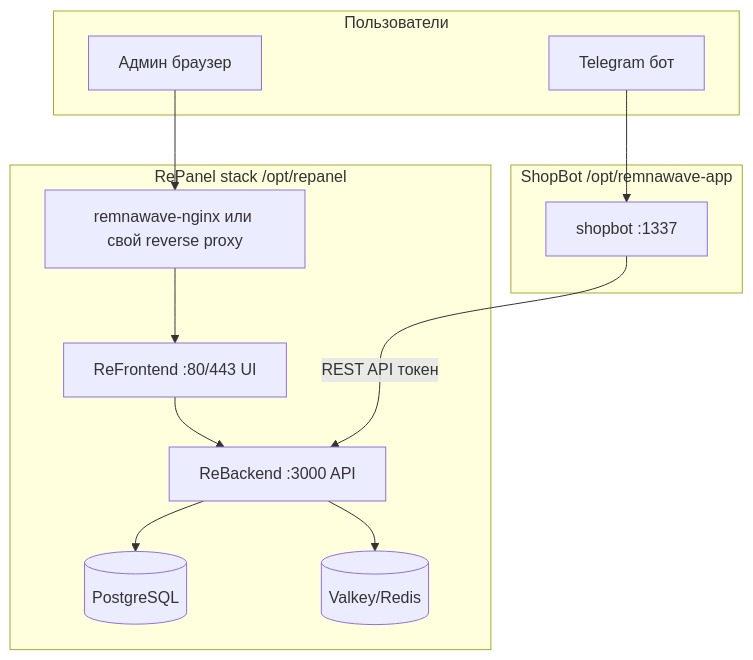
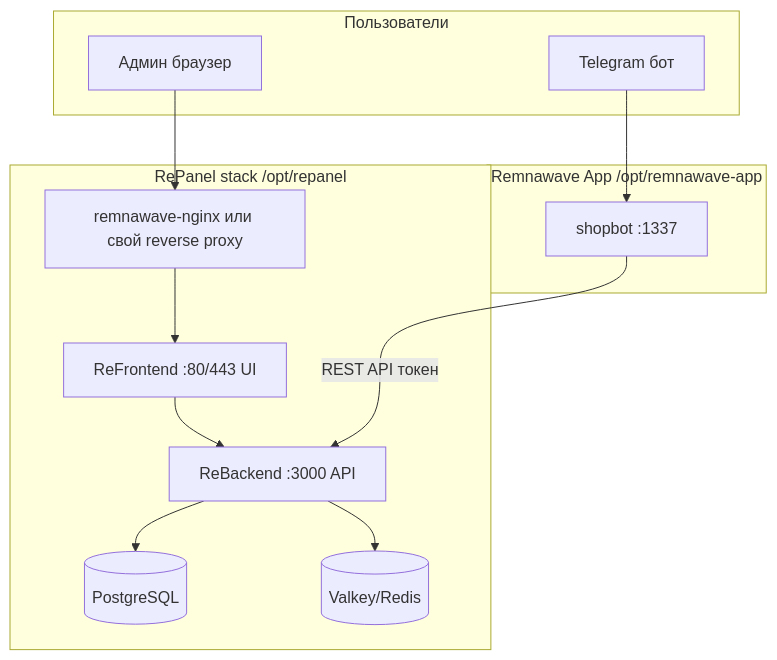
One commit to kissesses/remnawave-app-new changed the diagram in docs/RE-PANEL-INSTALL.md. Above: the diagram before and after it, drawn with Mermaid. The commit also changed other lines of this file and 43 other files, not shown here.

````diff
--- a/docs/RE-PANEL-INSTALL.md
+++ b/docs/RE-PANEL-INSTALL.md
@@ -34,26 +34,26 @@
 ```mermaid
 flowchart TB
     subgraph users [Пользователи]
         Admin[Админ браузер]
         TG[Telegram бот]
     end
 
     subgraph repanel [RePanel stack /opt/repanel]
         Nginx[remnawave-nginx или свой reverse proxy]
         FE[ReFrontend :80/443 UI]
         BE[ReBackend :3000 API]
         DB[(PostgreSQL)]
         RD[(Valkey/Redis)]
     end
 
-    subgraph shopbot [ShopBot /opt/remnawave-app]
+    subgraph shopbot [Remnawave App /opt/remnawave-app]
         SB[shopbot :1337]
     end
 
     Admin --> Nginx --> FE
     FE --> BE
     BE --> DB
     BE --> RD
     TG --> SB
     SB -->|REST API токен| BE
 ```
````
